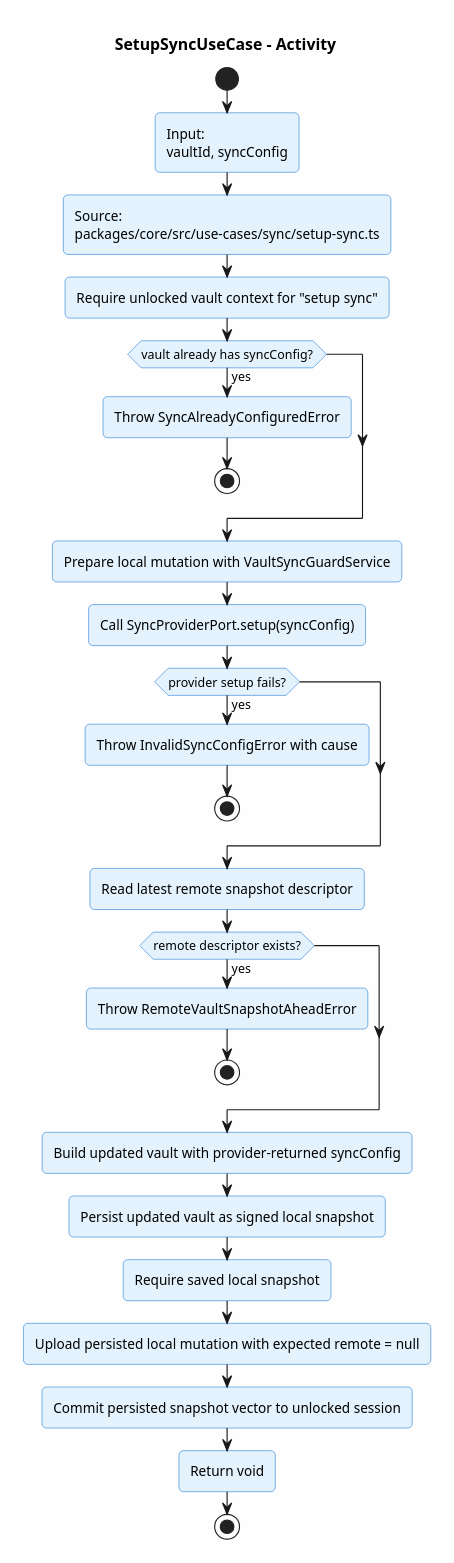
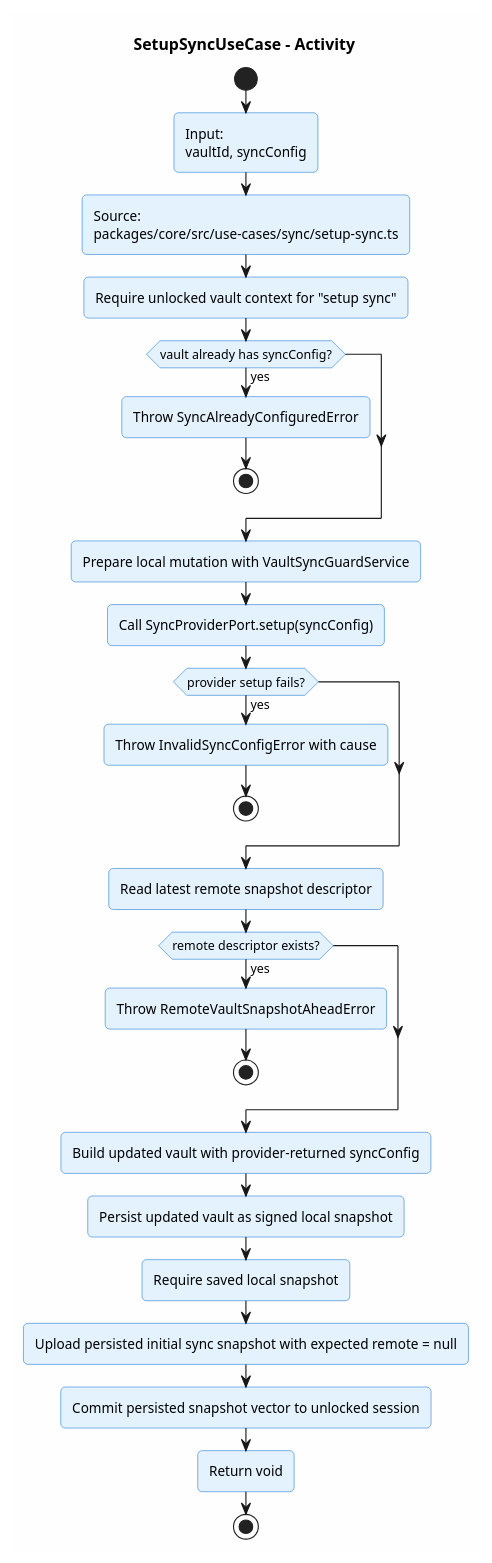
Before and after one commit to ArionStudio/engr-serverless-pm: the diagram in docs/v1/use-case/sync/setup-sync.activity.puml, drawn with PlantUML. The commit also changed 10 other files, not shown here.

Commit message:
docs: update v1 use-case diagrams

```diff
--- a/docs/v1/use-case/sync/setup-sync.activity.puml
+++ b/docs/v1/use-case/sync/setup-sync.activity.puml
@@ -1,41 +1,41 @@
 @startuml setup-sync-activity
 title SetupSyncUseCase - Activity
 
 skinparam backgroundColor #FEFEFE
 skinparam roundcorner 8
 skinparam shadowing false
 skinparam activity {
   BackgroundColor #E3F2FD
   BorderColor #1976D2
 }
 
 start
 :Input:\nvaultId, syncConfig;
 :Source:\npackages/core/src/use-cases/sync/setup-sync.ts;
 :Require unlocked vault context for "setup sync";
 if (vault already has syncConfig?) then (yes)
   :Throw SyncAlreadyConfiguredError;
   stop
 endif
 
 :Prepare local mutation with VaultSyncGuardService;
 :Call SyncProviderPort.setup(syncConfig);
 if (provider setup fails?) then (yes)
   :Throw InvalidSyncConfigError with cause;
   stop
 endif
 
 :Read latest remote snapshot descriptor;
 if (remote descriptor exists?) then (yes)
   :Throw RemoteVaultSnapshotAheadError;
   stop
 endif
 
 :Build updated vault with provider-returned syncConfig;
 :Persist updated vault as signed local snapshot;
 :Require saved local snapshot;
-:Upload persisted local mutation with expected remote = null;
+:Upload persisted initial sync snapshot with expected remote = null;
 :Commit persisted snapshot vector to unlocked session;
 :Return void;
 stop
 @enduml
```
